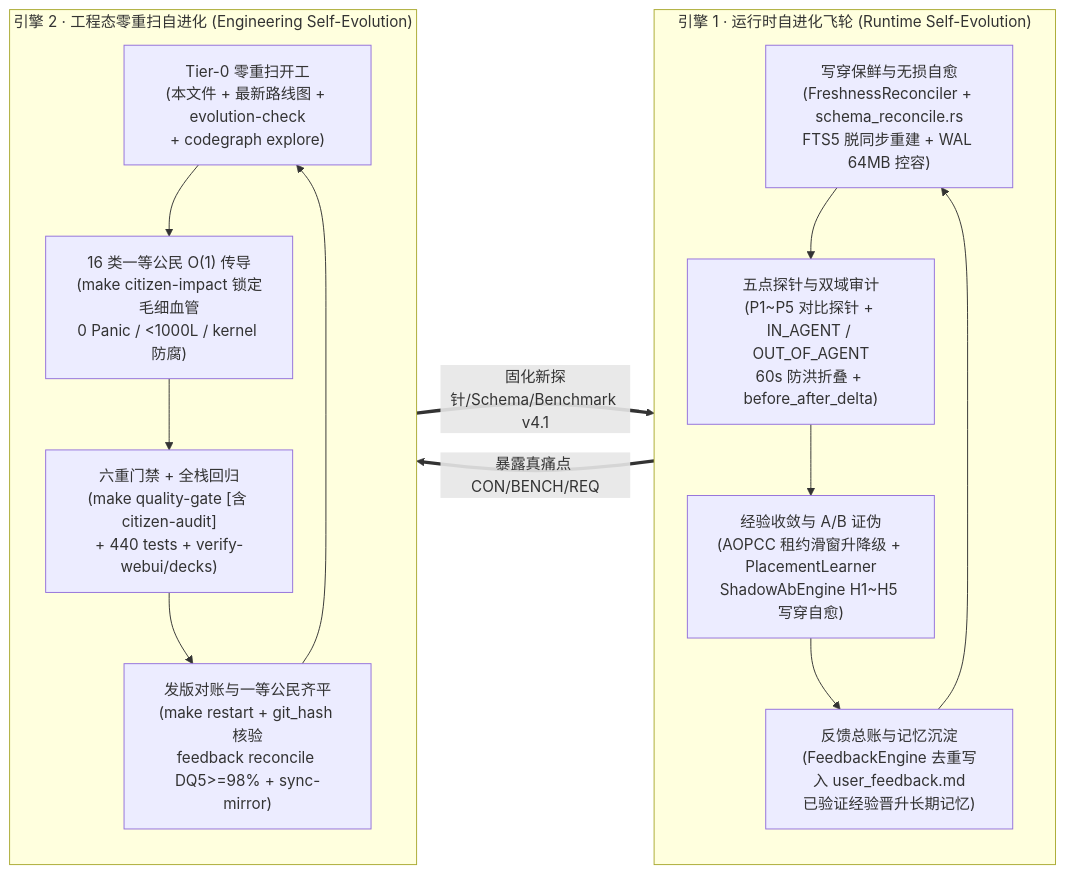
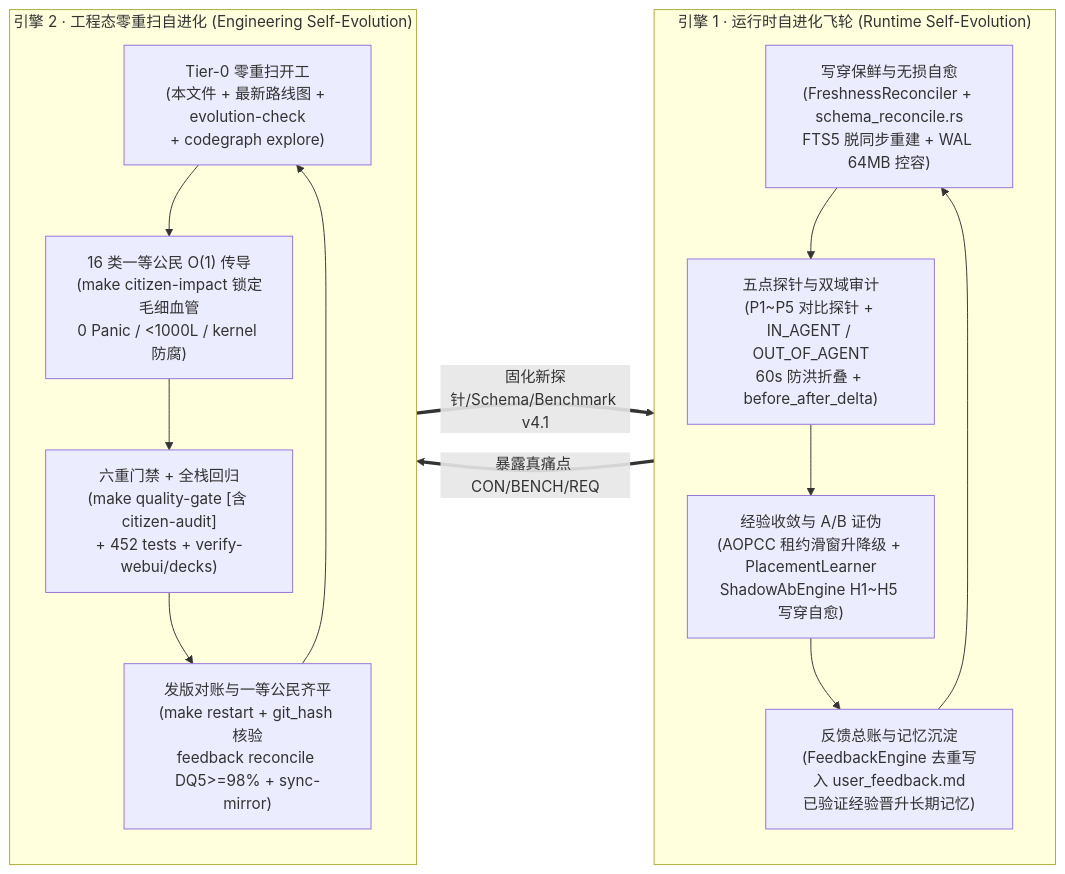
The diagram in EVOLUTION_GUIDE.md (digoal/agent-body), drawn with Mermaid before and after one commit. The commit also changed other lines of this file and 54 other files, not shown here.

````diff
--- a/EVOLUTION_GUIDE.md
+++ b/EVOLUTION_GUIDE.md
@@ -13,23 +13,23 @@
 ```mermaid
 flowchart LR
     subgraph RUNTIME["引擎 1 · 运行时自进化飞轮 (Runtime Self-Evolution)"]
         direction TB
         R1["写穿保鲜与无损自愈<br/>(FreshnessReconciler + schema_reconcile.rs<br/>FTS5 脱同步重建 + WAL 64MB 控容)"]
         R2["五点探针与双域审计<br/>(P1~P5 对比探针 + IN_AGENT / OUT_OF_AGENT<br/>60s 防洪折叠 + before_after_delta)"]
         R3["经验收敛与 A/B 证伪<br/>(AOPCC 租约滑窗升降级 + PlacementLearner<br/>ShadowAbEngine H1~H5 写穿自愈)"]
         R4["反馈总账与记忆沉淀<br/>(FeedbackEngine 去重写入 user_feedback.md<br/>已验证经验晋升长期记忆)"]
         R1 --> R2 --> R3 --> R4 --> R1
     end
 
     subgraph ENG["引擎 2 · 工程态零重扫自进化 (Engineering Self-Evolution)"]
         direction TB
         E1["Tier-0 零重扫开工<br/>(本文件 + 最新路线图 + evolution-check<br/>+ codegraph explore)"]
         E2["16 类一等公民 O(1) 传导<br/>(make citizen-impact 锁定毛细血管<br/>0 Panic / <1000L / kernel 防腐)"]
-        E3["六重门禁 + 全栈回归<br/>(make quality-gate [含 citizen-audit]<br/>+ 440 tests + verify-webui/decks)"]
+        E3["六重门禁 + 全栈回归<br/>(make quality-gate [含 citizen-audit]<br/>+ 452 tests + verify-webui/decks)"]
         E4["发版对账与一等公民齐平<br/>(make restart + git_hash 核验<br/>feedback reconcile DQ5>=98% + sync-mirror)"]
         E1 --> E2 --> E3 --> E4 --> E1
     end
 
     R4 ==>|"暴露真痛点 CON/BENCH/REQ"| E1
     E4 ==>|"固化新探针/Schema/Benchmark v4.1"| R1
 ```
````
